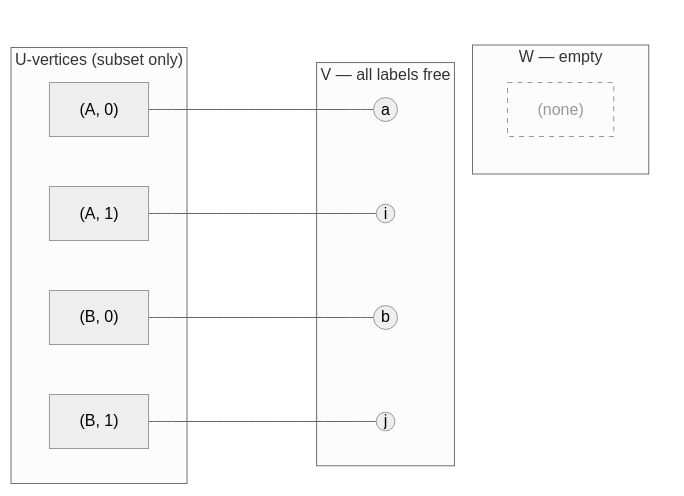
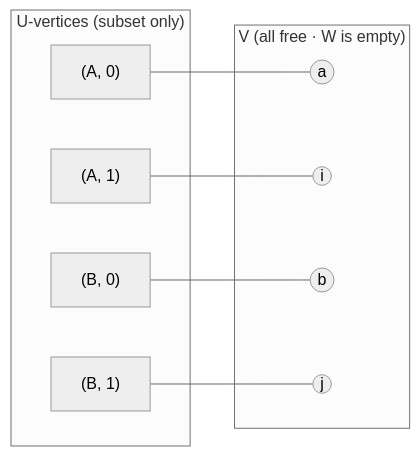
The second of 3 diagrams in docs/explanation/subgraph-symmetry.md (AIcrowd/whest), drawn with Mermaid before and after one commit. The commit also changed other lines of this file, not shown here.

First line of the commit message:
docs: polish mermaid bipartite graph diagrams

````diff
--- a/docs/explanation/subgraph-symmetry.md
+++ b/docs/explanation/subgraph-symmetry.md
@@ -112,27 +119,22 @@
 ```mermaid
-%%{init: {'theme': 'neutral'}}%%
+%%{init: {'theme': 'neutral', 'flowchart': {'rankSpacing': 80}}}%%
 flowchart LR
-    A0["(A, 0)"] ----- a((a))
-    A1["(A, 1)"] ----- i((i))
-    B0["(B, 0)"] ----- b((b))
-    B1["(B, 1)"] ----- j((j))
+    A0["(A, 0)"] --- a((a))
+    A1["(A, 1)"] --- i((i))
+    B0["(B, 0)"] --- b((b))
+    B1["(B, 1)"] --- j((j))
 
     subgraph U ["U-vertices (subset only)"]
-        A0; A1; B0; B1
+        A0
+        A1
+        B0
+        B1
     end
 
-    subgraph right [" "]
-        subgraph V ["V — all labels free"]
-            a; i; b; j
-        end
-
-        subgraph W ["W — empty"]
-            w_none["(none)"]
-        end
-
-        V ~~~ W
+    subgraph V ["V (all free · W is empty)"]
+        a
+        i
+        b
+        j
     end
-
-    style right fill:none,stroke:none
-    style w_none fill:none,stroke-dasharray: 5 5,stroke:#999,color:#999
 ```
````
